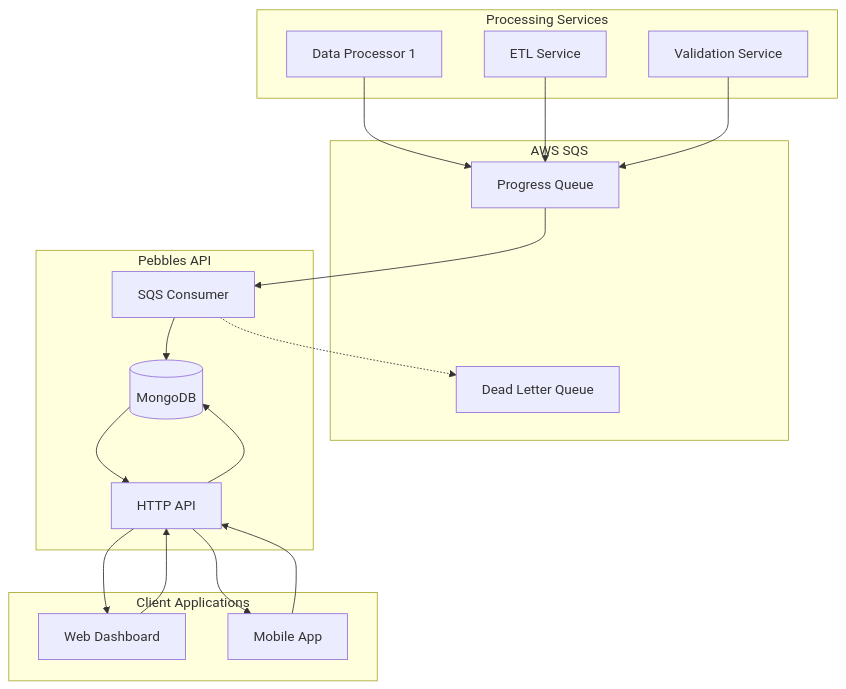
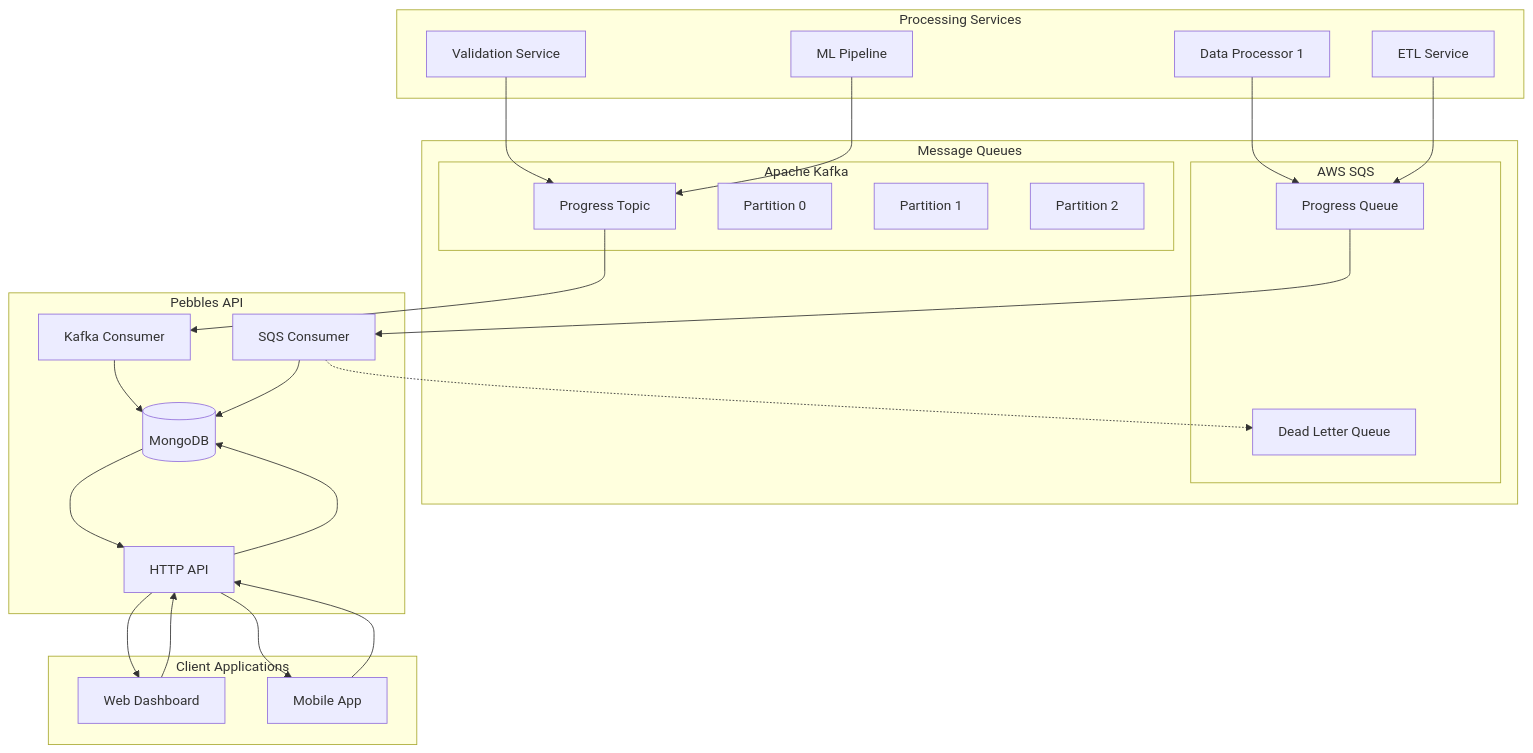
One commit to pirkus/pebbles changed the third of 3 diagrams in use-cases.md. Above: the diagram before and after it, drawn with Mermaid. The commit also changed other lines of this file and 9 other files, not shown here.

Commit message:
feat: add Kafka consumer with tests and documentation

````diff
--- a/use-cases.md
+++ b/use-cases.md
@@ -367,38 +443,51 @@
 ```mermaid
 graph TB
     subgraph "Processing Services"
         PS1[Data Processor 1]
         PS2[ETL Service]
         PS3[Validation Service]
+        PS4[ML Pipeline]
     end
     
-    subgraph "AWS SQS"
-        Q[Progress Queue]
-        DLQ[Dead Letter Queue]
+    subgraph "Message Queues"
+        subgraph "AWS SQS"
+            Q[Progress Queue]
+            DLQ[Dead Letter Queue]
+        end
+        subgraph "Apache Kafka"
+            KT[Progress Topic]
+            KP1[Partition 0]
+            KP2[Partition 1]
+            KP3[Partition 2]
+        end
     end
     
     subgraph "Pebbles API"
         SC[SQS Consumer]
+        KC[Kafka Consumer]
         API[HTTP API]
         DB[(MongoDB)]
     end
     
     subgraph "Client Applications"
         UI[Web Dashboard]
         MOB[Mobile App]
     end
     
     PS1 --> Q
     PS2 --> Q
-    PS3 --> Q
+    PS3 --> KT
+    PS4 --> KT
     Q --> SC
+    KT --> KC
+    KC --> DB
     SC --> DB
     SC -.-> DLQ
     
     UI --> API
     MOB --> API
     API --> DB
     DB --> API
     API --> UI
     API --> MOB
 ```
````
